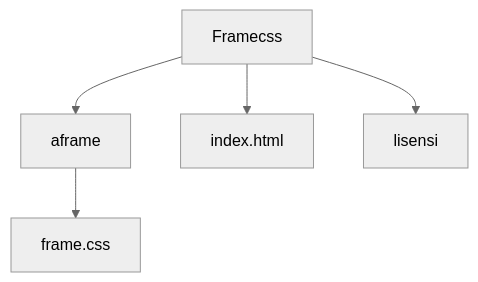
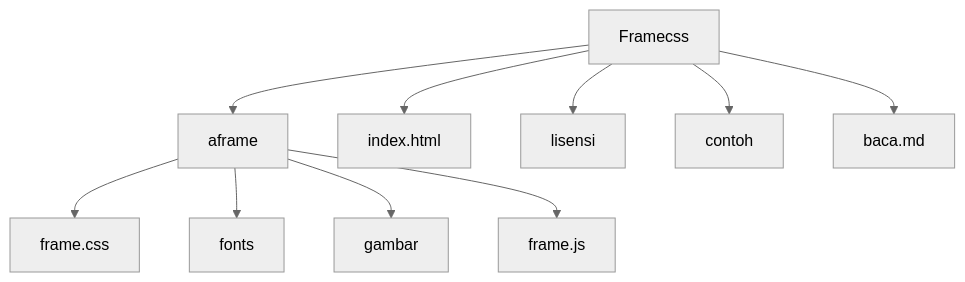
Before and after one commit to nelsenpro/frame: the diagram in README.md, drawn with Mermaid (neutral theme).

````diff
--- a/README.md
+++ b/README.md
@@ -8,7 +8,12 @@
 ```mermaid
 graph TD;
     Framecss-->aframe;
     aframe-->frame.css;
     Framecss-->index.html;
     Framecss-->lisensi;
+    aframe-->fonts;
+    aframe-->gambar;
+    Framecss-->contoh;
+    Framecss-->baca.md;
+    aframe-->frame.js
 ```
````
